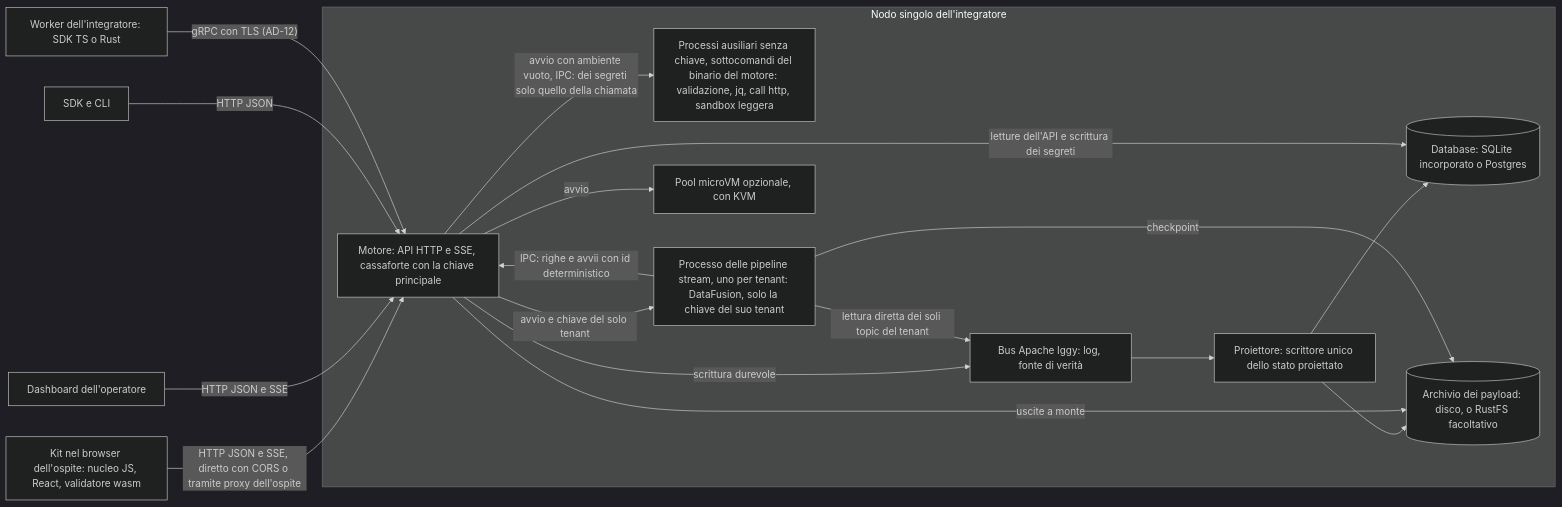
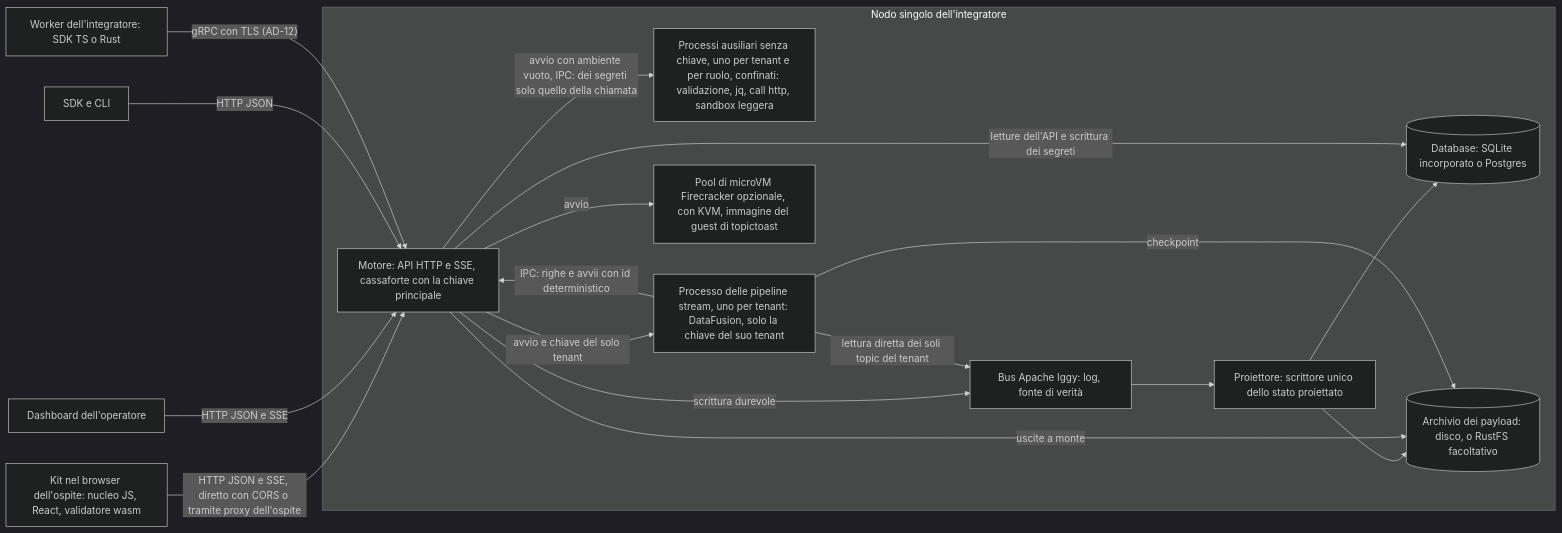
The second of 3 diagrams in docs/architecture/architecture-topictoast-2026-11-20/ARCHITECTURE-SPINE.md (topictoast/topictoast), drawn with Mermaid (dark theme) before and after one commit. The commit also changed other lines of this file and 6 other files, not shown here.

Commit message:
docs(architecture): update the spine and realign the PRD after spike S-2 (sandbox ADR), AD ids stable

````diff
--- a/docs/architecture/architecture-topictoast-2026-11-20/ARCHITECTURE-SPINE.md
+++ b/docs/architecture/architecture-topictoast-2026-11-20/ARCHITECTURE-SPINE.md
@@ -718,34 +746,34 @@
 ```mermaid
 flowchart LR
   subgraph node1 ["Nodo singolo dell'integratore"]
     engine["Motore: API HTTP e SSE, cassaforte con la chiave principale"]
     projector["Proiettore: scrittore unico dello stato proiettato"]
-    helpers["Processi ausiliari senza chiave, sottocomandi del binario del motore: validazione, jq, call http, sandbox leggera"]
+    helpers["Processi ausiliari senza chiave, uno per tenant e per ruolo, confinati: validazione, jq, call http, sandbox leggera"]
     streams["Processo delle pipeline stream, uno per tenant: DataFusion, solo la chiave del suo tenant"]
     bus["Bus Apache Iggy: log, fonte di verità"]
     db[("Database: SQLite incorporato o Postgres")]
     files[("Archivio dei payload: disco, o RustFS facoltativo")]
-    microvm["Pool microVM opzionale, con KVM"]
+    microvm["Pool di microVM Firecracker opzionale, con KVM, immagine del guest di topictoast"]
   end
   workers["Worker dell'integratore: SDK TS o Rust"]
   kit["Kit nel browser dell'ospite: nucleo JS, React, validatore wasm"]
   dash["Dashboard dell'operatore"]
   sdkcli["SDK e CLI"]
 
   kit -->|"HTTP JSON e SSE, diretto con CORS o tramite proxy dell'ospite"| engine
   dash -->|"HTTP JSON e SSE"| engine
   sdkcli -->|"HTTP JSON"| engine
   workers -->|"gRPC con TLS (AD-12)"| engine
   engine -->|"scrittura durevole"| bus
   bus --> projector
   projector --> db
   projector --> files
   engine -->|"letture dell'API e scrittura dei segreti"| db
   engine -->|"uscite a monte"| files
   engine -->|"avvio con ambiente vuoto, IPC: dei segreti solo quello della chiamata"| helpers
   engine -->|"avvio e chiave del solo tenant"| streams
   streams -->|"IPC: righe e avvii con id deterministico"| engine
   engine -->|"avvio"| microvm
   streams -->|"lettura diretta dei soli topic del tenant"| bus
   streams -->|"checkpoint"| files
 ```
````
